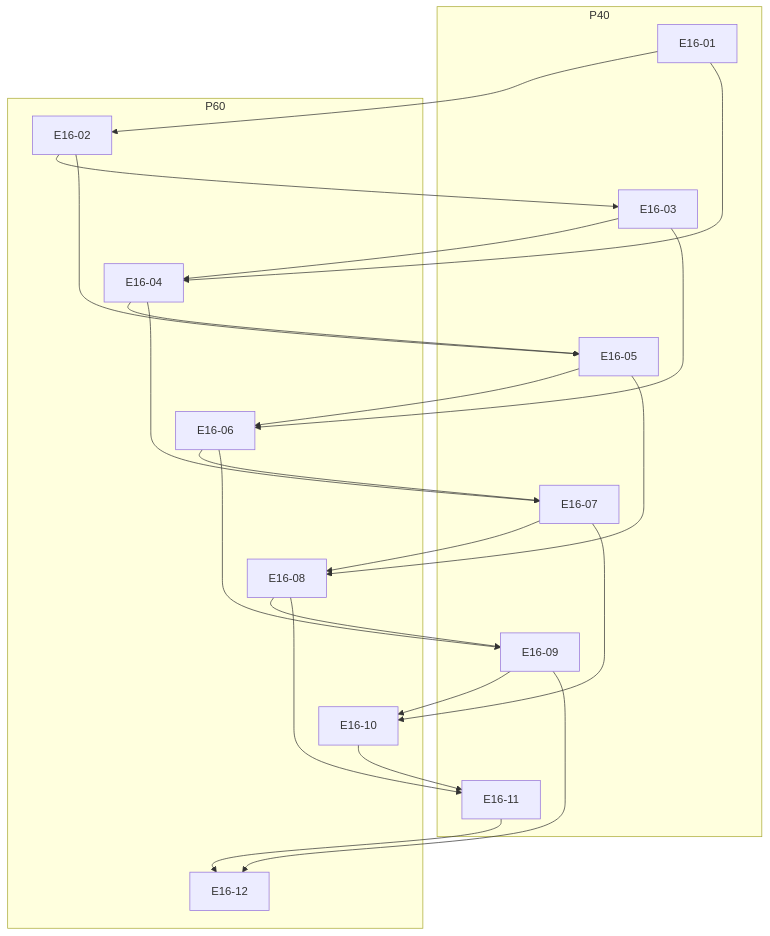
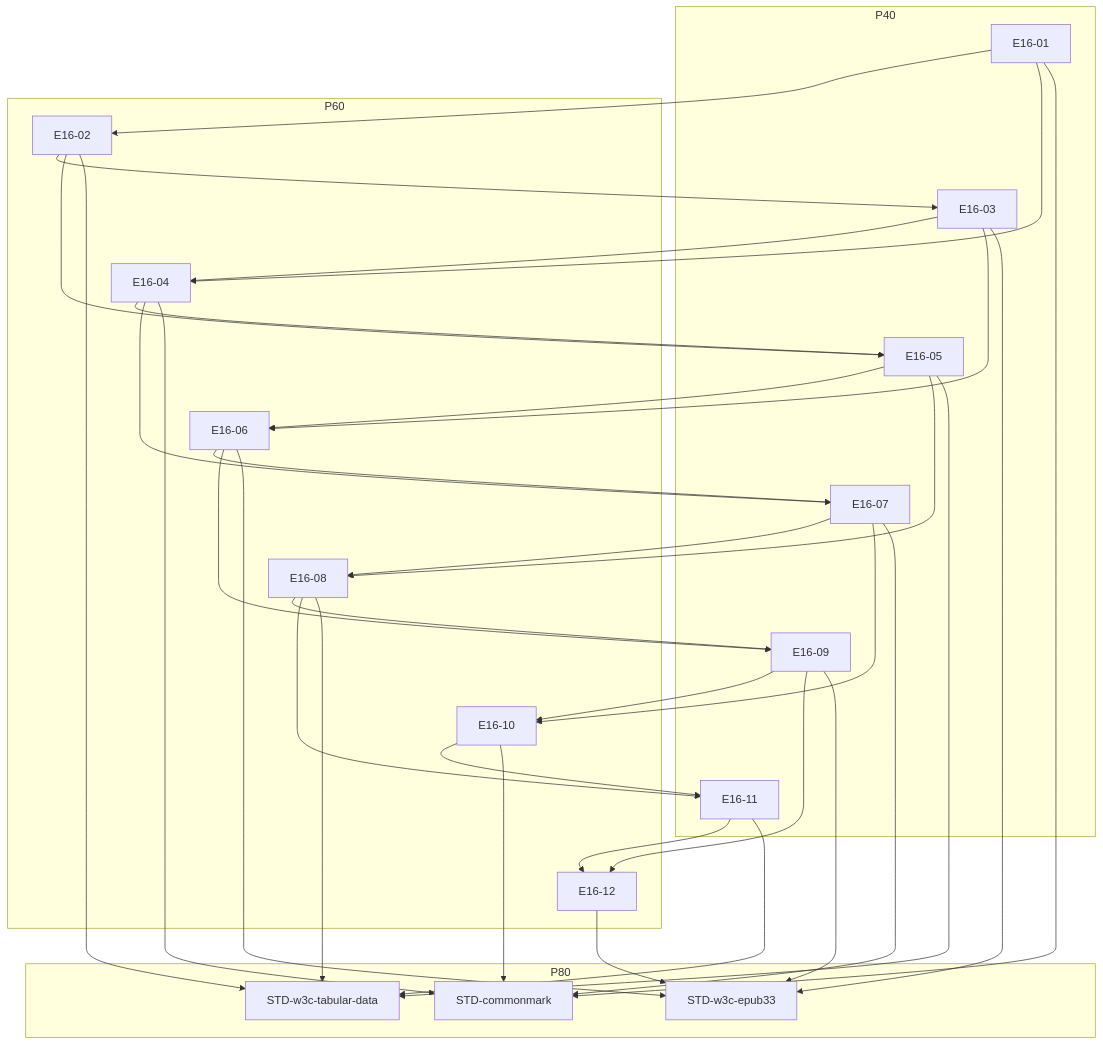
One commit to Monyeah777/NarrativeForge changed the diagram in community/个人助理与日常生活域包/outputs/charts/CONCEPT_DAG.mmd. Above: the diagram before and after it, drawn with Mermaid. The commit also changed 721 other files, not shown here.

```diff
--- a/community/个人助理与日常生活域包/outputs/charts/CONCEPT_DAG.mmd
+++ b/community/个人助理与日常生活域包/outputs/charts/CONCEPT_DAG.mmd
@@ -1,38 +1,55 @@
 %% 概念前置图（由 community/个人助理与日常生活域包/assets/CONCEPT_GRAPH.md 确定性派生；唯一机读真相在资产 §4 围栏块）
 flowchart TD
   subgraph P40[P40]
     E16-01
     E16-03
     E16-05
     E16-07
     E16-09
     E16-11
   end
   subgraph P60[P60]
     E16-02
     E16-04
     E16-06
     E16-08
     E16-10
     E16-12
+  end
+  subgraph P80[P80]
+    STD-commonmark
+    STD-w3c-epub33
+    STD-w3c-tabular-data
   end
   E16-01 --> E16-02
   E16-02 --> E16-03
   E16-03 --> E16-04
   E16-01 --> E16-04
   E16-04 --> E16-05
   E16-02 --> E16-05
   E16-05 --> E16-06
   E16-03 --> E16-06
   E16-06 --> E16-07
   E16-04 --> E16-07
   E16-07 --> E16-08
   E16-05 --> E16-08
   E16-08 --> E16-09
   E16-06 --> E16-09
   E16-09 --> E16-10
   E16-07 --> E16-10
   E16-10 --> E16-11
   E16-08 --> E16-11
   E16-11 --> E16-12
   E16-09 --> E16-12
+  E16-01 --> STD-commonmark
+  E16-04 --> STD-commonmark
+  E16-07 --> STD-commonmark
+  E16-10 --> STD-commonmark
+  E16-03 --> STD-w3c-epub33
+  E16-06 --> STD-w3c-epub33
+  E16-09 --> STD-w3c-epub33
+  E16-12 --> STD-w3c-epub33
+  E16-02 --> STD-w3c-tabular-data
+  E16-05 --> STD-w3c-tabular-data
+  E16-08 --> STD-w3c-tabular-data
+  E16-11 --> STD-w3c-tabular-data
```
